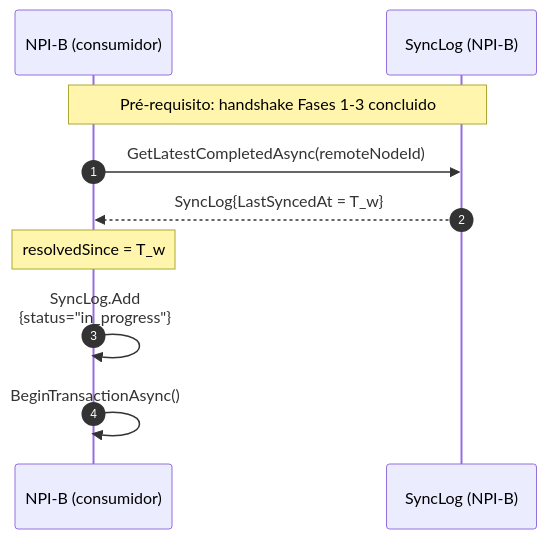
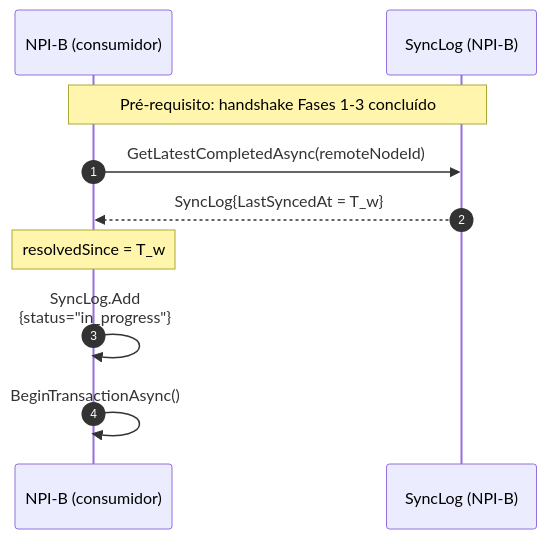
The diagram in figuras/Desenvolvimento/NPI/sync-catalogo-1-inicio.mmd (VitorAndTxr/TCC-Vitor), drawn with Mermaid before and after one commit. The commit also changed 6 other files, not shown here.

Commit message:
Mais correções em diagramas

```diff
--- a/figuras/Desenvolvimento/NPI/sync-catalogo-1-inicio.mmd
+++ b/figuras/Desenvolvimento/NPI/sync-catalogo-1-inicio.mmd
@@ -1,17 +1,17 @@
 %% ============================================================
 %% Sincronizacao SNOMED - Parte 1/3: inicio (watermark + tx)
 %% Referenciado em: cap-experimentos-resultados.tex (4.2.5.2)
 %% Label: fig:NPISyncCatalogoInicio
 %% ============================================================
 sequenceDiagram
     autonumber
     participant B as NPI-B (consumidor)
     participant LB as SyncLog (NPI-B)
 
-    Note over B,LB : Pré-requisito: handshake Fases 1-3 concluido
+    Note over B,LB : Pré-requisito: handshake Fases 1-3 concluído
     B->>LB: GetLatestCompletedAsync(remoteNodeId)
     LB-->>B: SyncLog{LastSyncedAt = T_w}
     Note over B: resolvedSince = T_w
 
     B->>B: SyncLog.Add<br/>{status="in_progress"}
     B->>B: BeginTransactionAsync()
```
